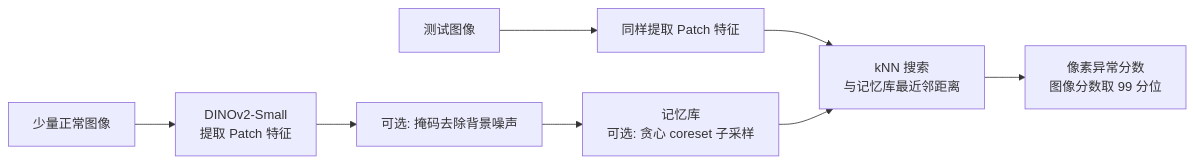
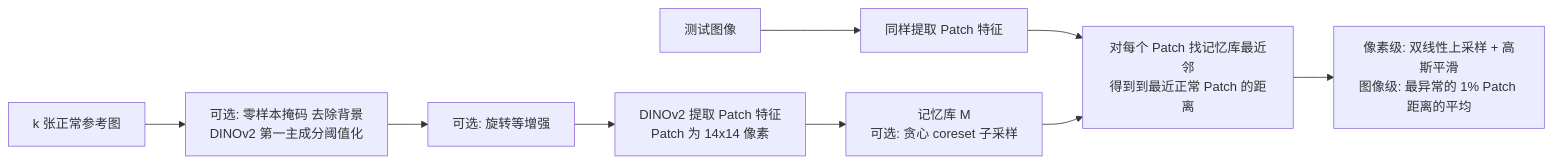
Before and after one commit to junxnone/aiwiki: the diagram in docs/bk/0756_paper_AnomalyDINO.md, drawn with Mermaid. The commit also changed other lines of this file and 1 other file, not shown here.

````diff
--- a/docs/bk/0756_paper_AnomalyDINO.md
+++ b/docs/bk/0756_paper_AnomalyDINO.md
@@ -25,10 +34,11 @@
 ``` mermaid
 graph LR
-    A["少量正常图像"] --> B["DINOv2-Small<br/>提取 Patch 特征"]
-    B --> M["可选: 掩码去除背景噪声"]
-    M --> C["记忆库<br/>可选: 贪心 coreset 子采样"]
+    A["k 张正常参考图"] --> M["可选: 零样本掩码 去除背景<br/>DINOv2 第一主成分阈值化"]
+    M --> R["可选: 旋转等增强"]
+    R --> F["DINOv2 提取 Patch 特征<br/>Patch 为 14x14 像素"]
+    F --> B["记忆库 M<br/>可选: 贪心 coreset 子采样"]
     T["测试图像"] --> E["同样提取 Patch 特征"]
-    E --> K["kNN 搜索<br/>与记忆库最近邻距离"]
-    C --> K
-    K --> S["像素异常分数<br/>图像分数取 99 分位"]
+    E --> K["对每个 Patch 找记忆库最近邻<br/>得到到最近正常 Patch 的距离"]
+    B --> K
+    K --> S["像素级: 双线性上采样 + 高斯平滑<br/>图像级: 最异常的 1% Patch 距离的平均"]
 ```
````
